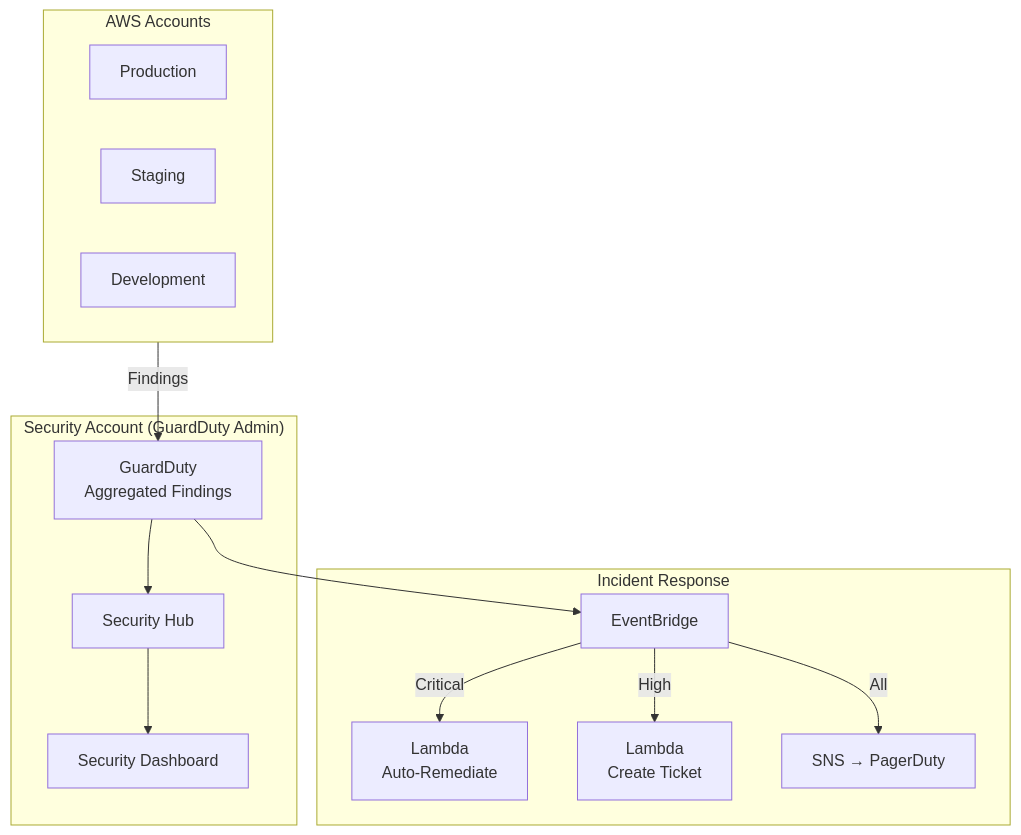
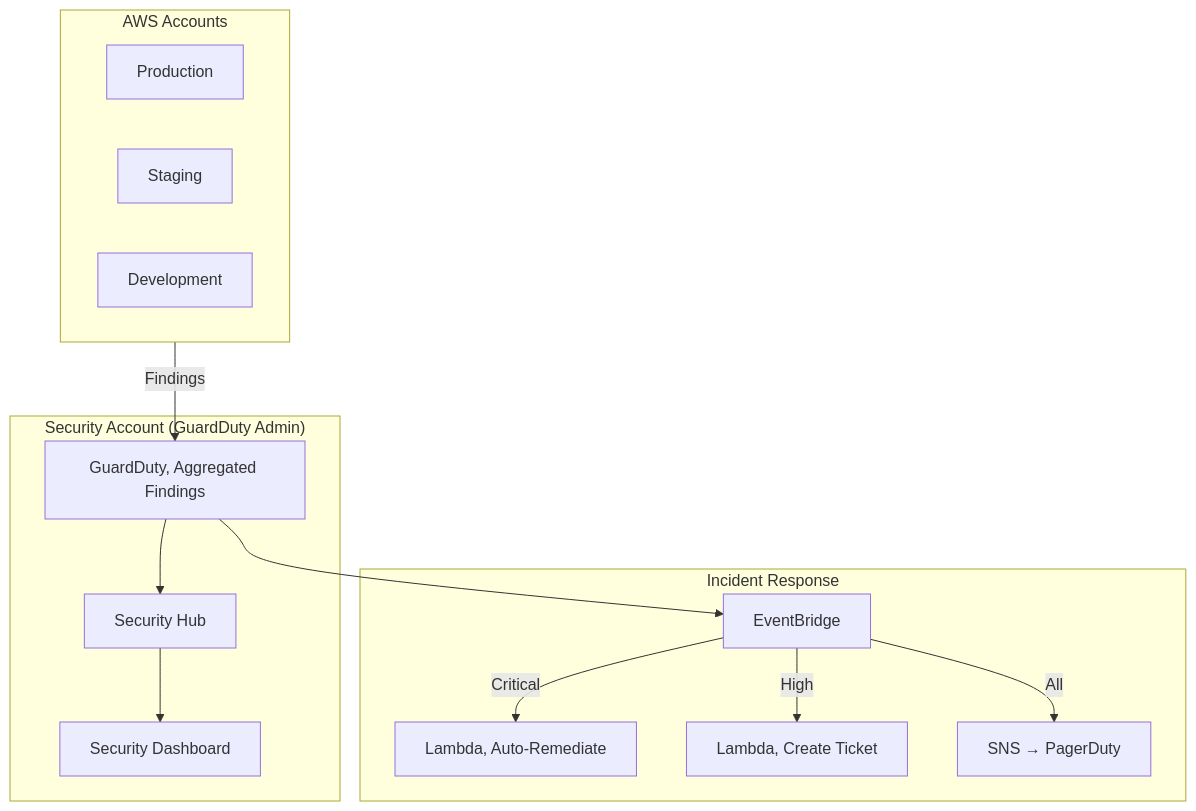
Before and after one commit to DeeptiShuklaProject/Uday_AWS: the third of 3 diagrams in Chapter_43_Amazon_GuardDuty.md, drawn with Mermaid. The commit also changed other lines of this file and 34 other files, not shown here.

Commit message:
Fix mermaid diagrams syntax across all chapters (quote labels and remove HTML)

````diff
--- a/Chapter_43_Amazon_GuardDuty.md
+++ b/Chapter_43_Amazon_GuardDuty.md
@@ -432,29 +432,29 @@
 ```mermaid
 flowchart TD
     subgraph Accounts["AWS Accounts"]
         Prod[Production]
         Stage[Staging]
         Dev[Development]
     end
     
     subgraph Security["Security Account (GuardDuty Admin)"]
-        GD[GuardDuty<br>Aggregated Findings]
+        GD["GuardDuty, Aggregated Findings"]
         SH[Security Hub]
         Dashboard[Security Dashboard]
     end
     
     subgraph Response["Incident Response"]
         EB[EventBridge]
-        Lambda_Remediate[Lambda<br>Auto-Remediate]
-        Lambda_Ticket[Lambda<br>Create Ticket]
+        Lambda_Remediate["Lambda, Auto-Remediate"]
+        Lambda_Ticket["Lambda, Create Ticket"]
         SNS_PD[SNS → PagerDuty]
     end
     
     Accounts -->|Findings| GD
     GD --> SH
     GD --> EB
     SH --> Dashboard
     EB -->|Critical| Lambda_Remediate
     EB -->|High| Lambda_Ticket
     EB -->|All| SNS_PD
 ```
````
